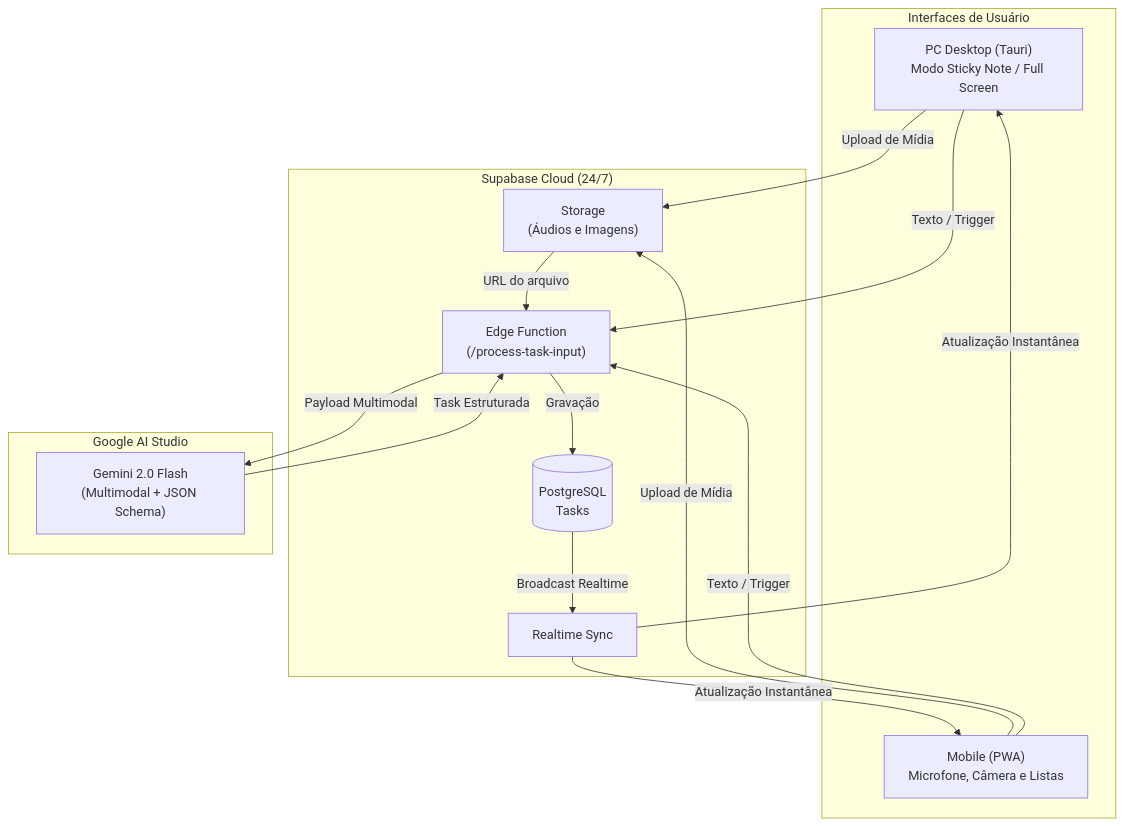
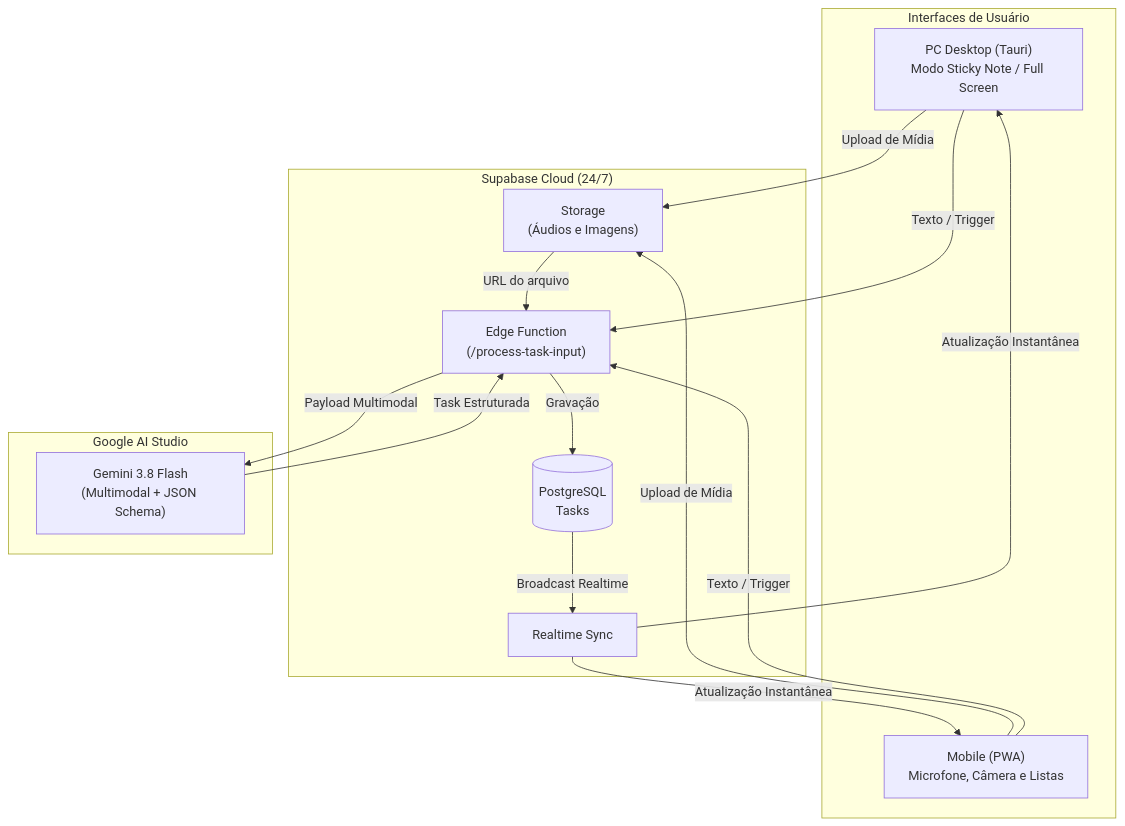
One commit to ViniciusMakimoto/Tasks-Anywhere changed the diagram in README.md. Above: the diagram before and after it, drawn with Mermaid. The commit also changed other lines of this file and 1 other file, not shown here.

Commit message:
docs: update documentation and roadmap to Gemini 3.8 Flash model specifications

````diff
--- a/README.md
+++ b/README.md
@@ -30,27 +30,27 @@
 ```mermaid
 flowchart TD
     subgraph Clients ["Interfaces de Usuário"]
         PC["PC Desktop (Tauri)\nModo Sticky Note / Full Screen"]
         Mobile["Mobile (PWA)\nMicrofone, Câmera e Listas"]
     end
 
     subgraph Supabase ["Supabase Cloud (24/7)"]
         Storage["Storage\n(Áudios e Imagens)"]
         DB[("PostgreSQL\nTasks")]
         EdgeFn["Edge Function\n(/process-task-input)"]
         Realtime["Realtime Sync"]
     end
 
     subgraph AI ["Google AI Studio"]
-        Gemini["Gemini 2.0 Flash\n(Multimodal + JSON Schema)"]
+        Gemini["Gemini 3.8 Flash\n(Multimodal + JSON Schema)"]
     end
 
     PC & Mobile -->|Upload de Mídia| Storage
     PC & Mobile -->|Texto / Trigger| EdgeFn
     Storage -->|URL do arquivo| EdgeFn
     EdgeFn -->|Payload Multimodal| Gemini
     Gemini -->|Task Estruturada| EdgeFn
     EdgeFn -->|Gravação| DB
     DB -->|Broadcast Realtime| Realtime
     Realtime -->|Atualização Instantânea| PC & Mobile
 ```
````
